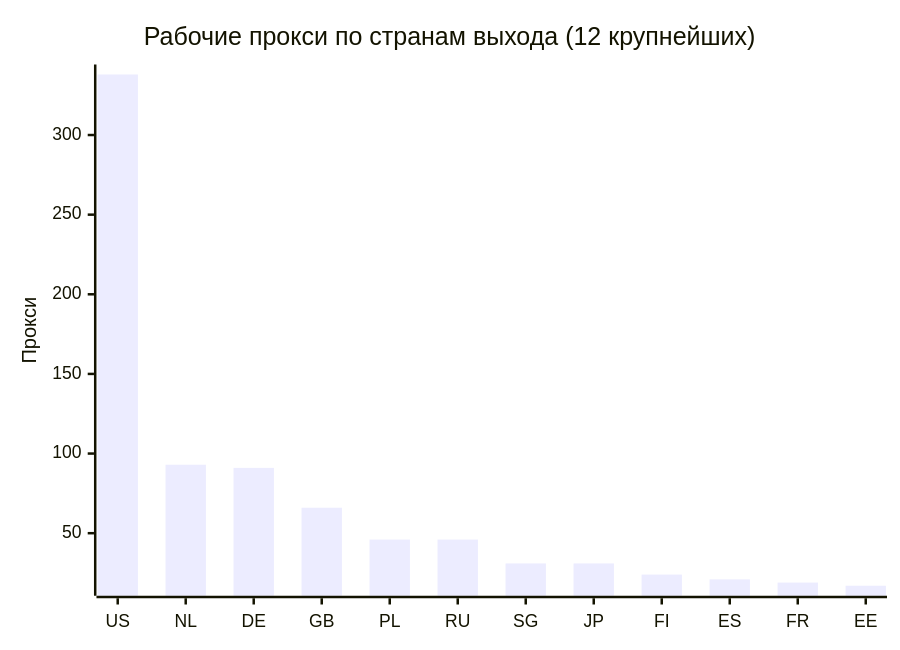
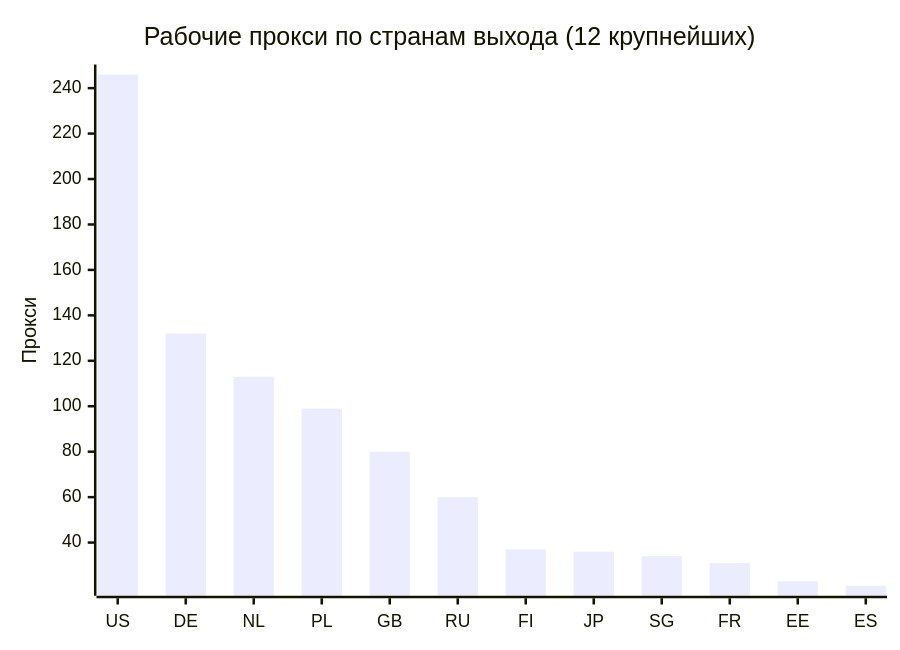
The second of 4 diagrams in README.md (rvvg/proxy-subs), drawn with Mermaid before and after one commit. The commit also changed other lines of this file and 50 other files, not shown here.

````diff
--- a/README.md
+++ b/README.md
@@ -129,7 +131,7 @@
 ```mermaid
 xychart-beta
     title "Рабочие прокси по странам выхода (12 крупнейших)"
-    x-axis ["US", "NL", "DE", "GB", "PL", "RU", "SG", "JP", "FI", "ES", "FR", "EE"]
+    x-axis ["US", "DE", "NL", "PL", "GB", "RU", "FI", "JP", "SG", "FR", "EE", "ES"]
     y-axis "Прокси"
-    bar [338, 93, 91, 66, 46, 46, 31, 31, 24, 21, 19, 17]
+    bar [246, 132, 113, 99, 80, 60, 37, 36, 34, 31, 23, 21]
 ```
````
